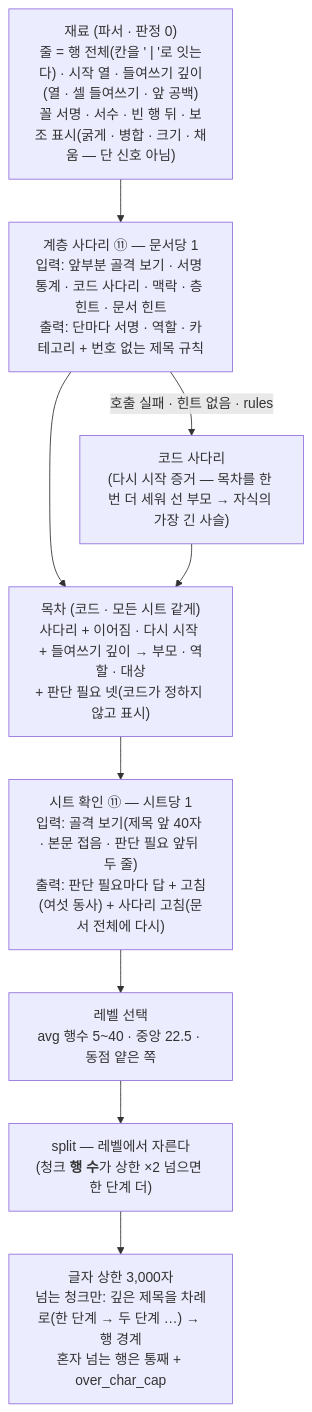
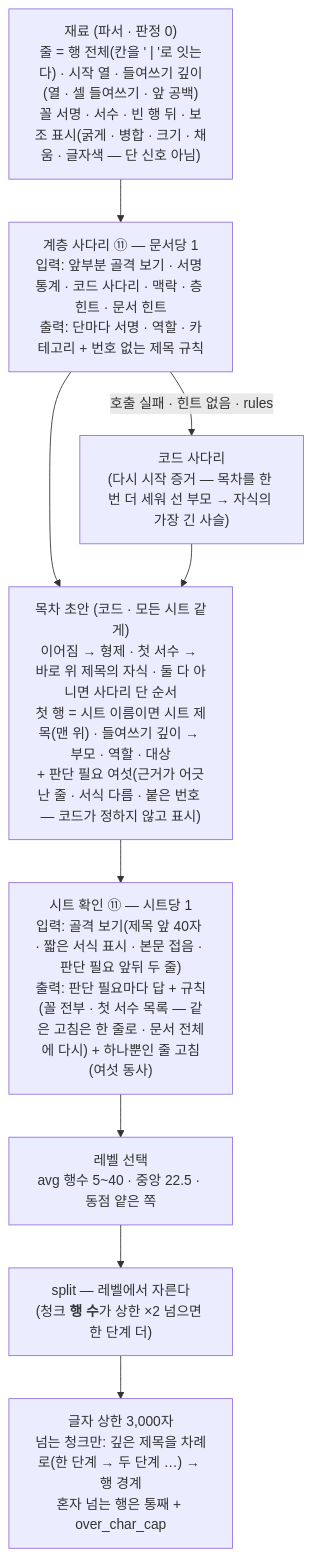
One commit to playjae0/ontology_system changed the second of 2 diagrams in docs/구조도/02_파싱과_추출.md. Above: the diagram before and after it, drawn with Mermaid. The commit also changed other lines of this file and 24 other files, not shown here.

First line of the commit message:
B137 ①~⑧ — 목차 초안(이어짐 → 형제 · 첫 서수 → 바로 위 제목의 자식 · 둘 다 아니면 사다리 단 순서) · 첫 행 시트 제목 · 글자색 · 판단 필요 ⓔ서식 다름 · ⓕ붙은 번호 · 규칙 범위(첫 서수 목록) · 지시문 l-2.0 · 목차 판 toc-4 · 구조 화면(첫 서수 표기 · 목차 줄 ⚠ · 접힘 · LLM 한 줄 · md 끝 고침 상세) · 사다리 · 시트 확인 사용량 갈래 · 시험 · 가이드 · 구조도 · 명세 패치(문서 1 M23 — 허브 적용) · D-217

````diff
--- a/docs/구조도/02_파싱과_추출.md
+++ b/docs/구조도/02_파싱과_추출.md
@@ -175,10 +175,10 @@
 ```mermaid
 flowchart TD
-  R["재료 (파서 · 판정 0)<br/>줄 = 행 전체(칸을 ' | '로 잇는다) · 시작 열 · 들여쓰기 깊이(열 · 셀 들여쓰기 · 앞 공백)<br/>꼴 서명 · 서수 · 빈 행 뒤 · 보조 표시(굵게 · 병합 · 크기 · 채움 — 단 신호 아님)"] --> L["계층 사다리 ⑪ — 문서당 1<br/>입력: 앞부분 골격 보기 · 서명 통계 · 코드 사다리 · 맥락 · 층 힌트 · 문서 힌트<br/>출력: 단마다 서명 · 역할 · 카테고리 + 번호 없는 제목 규칙"]
+  R["재료 (파서 · 판정 0)<br/>줄 = 행 전체(칸을 ' | '로 잇는다) · 시작 열 · 들여쓰기 깊이(열 · 셀 들여쓰기 · 앞 공백)<br/>꼴 서명 · 서수 · 빈 행 뒤 · 보조 표시(굵게 · 병합 · 크기 · 채움 · 글자색 — 단 신호 아님)"] --> L["계층 사다리 ⑪ — 문서당 1<br/>입력: 앞부분 골격 보기 · 서명 통계 · 코드 사다리 · 맥락 · 층 힌트 · 문서 힌트<br/>출력: 단마다 서명 · 역할 · 카테고리 + 번호 없는 제목 규칙"]
   L -->|호출 실패 · 힌트 없음 · rules| K["코드 사다리<br/>(다시 시작 증거 — 목차를 한 번 더 세워 선 부모 → 자식의 가장 긴 사슬)"]
-  L --> T["목차 (코드 · 모든 시트 같게)<br/>사다리 + 이어짐 · 다시 시작 + 들여쓰기 깊이 → 부모 · 역할 · 대상<br/>+ 판단 필요 넷(코드가 정하지 않고 표시)"]
+  L --> T["목차 초안 (코드 · 모든 시트 같게)<br/>이어짐 → 형제 · 첫 서수 → 바로 위 제목의 자식 · 둘 다 아니면 사다리 단 순서<br/>첫 행 = 시트 이름이면 시트 제목(맨 위) · 들여쓰기 깊이 → 부모 · 역할 · 대상<br/>+ 판단 필요 여섯(근거가 어긋난 줄 · 서식 다름 · 붙은 번호 — 코드가 정하지 않고 표시)"]
   K --> T
-  T --> C["시트 확인 ⑪ — 시트당 1<br/>입력: 골격 보기(제목 앞 40자 · 본문 접음 · 판단 필요 앞뒤 두 줄)<br/>출력: 판단 필요마다 답 + 고침(여섯 동사) + 사다리 고침(문서 전체에 다시)"]
+  T --> C["시트 확인 ⑪ — 시트당 1<br/>입력: 골격 보기(제목 앞 40자 · 짧은 서식 표시 · 본문 접음 · 판단 필요 앞뒤 두 줄)<br/>출력: 판단 필요마다 답 + 규칙(꼴 전부 · 첫 서수 목록 — 같은 고침은 한 줄로 · 문서 전체에 다시) + 하나뿐인 줄 고침(여섯 동사)"]
   C --> B1["레벨 선택<br/>avg 행수 5~40 · 중앙 22.5 · 동점 얕은 쪽"] --> S["split — 레벨에서 자른다<br/>(청크 <b>행 수</b>가 상한 ×2 넘으면 한 단계 더)"]
   S --> X["글자 상한 3,000자<br/>넘는 청크만: 깊은 제목을 차례로(한 단계 → 두 단계 …) → 행 경계<br/>혼자 넘는 행은 통째 + over_char_cap"]
 ```
````
